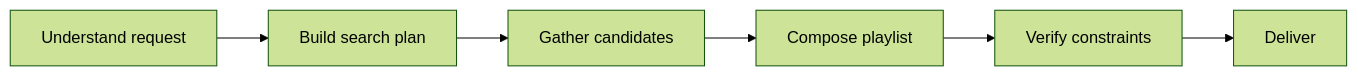
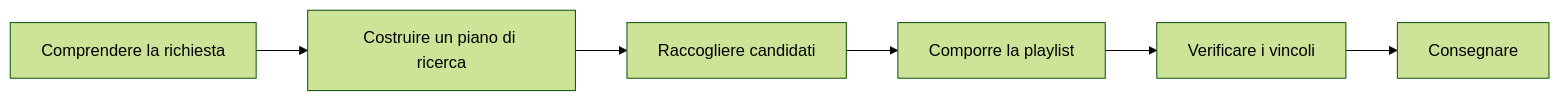
Before and after one commit to Rkomi98/MyBlog: the fourth of 9 diagrams in files/AI Engineering/Multiagent SOTA 2026_en.md, drawn with Mermaid (forest theme). The commit also changed other lines of this file and 17 other files, not shown here.

````diff
--- a/files/AI Engineering/Multiagent SOTA 2026_en.md
+++ b/files/AI Engineering/Multiagent SOTA 2026_en.md
@@ -213,8 +200,8 @@
 ```mermaid
 flowchart LR
-    A[Understand request] --> B[Build search plan]
-    B --> C[Gather candidates]
-    C --> D[Compose playlist]
-    D --> E[Verify constraints]
-    E --> F[Deliver]
+    A[Comprendere la richiesta] --> B[Costruire un piano di ricerca]
+    B --> C[Raccogliere candidati]
+    C --> D[Comporre la playlist]
+    D --> E[Verificare i vincoli]
+    E --> F[Consegnare]
 ```
````
